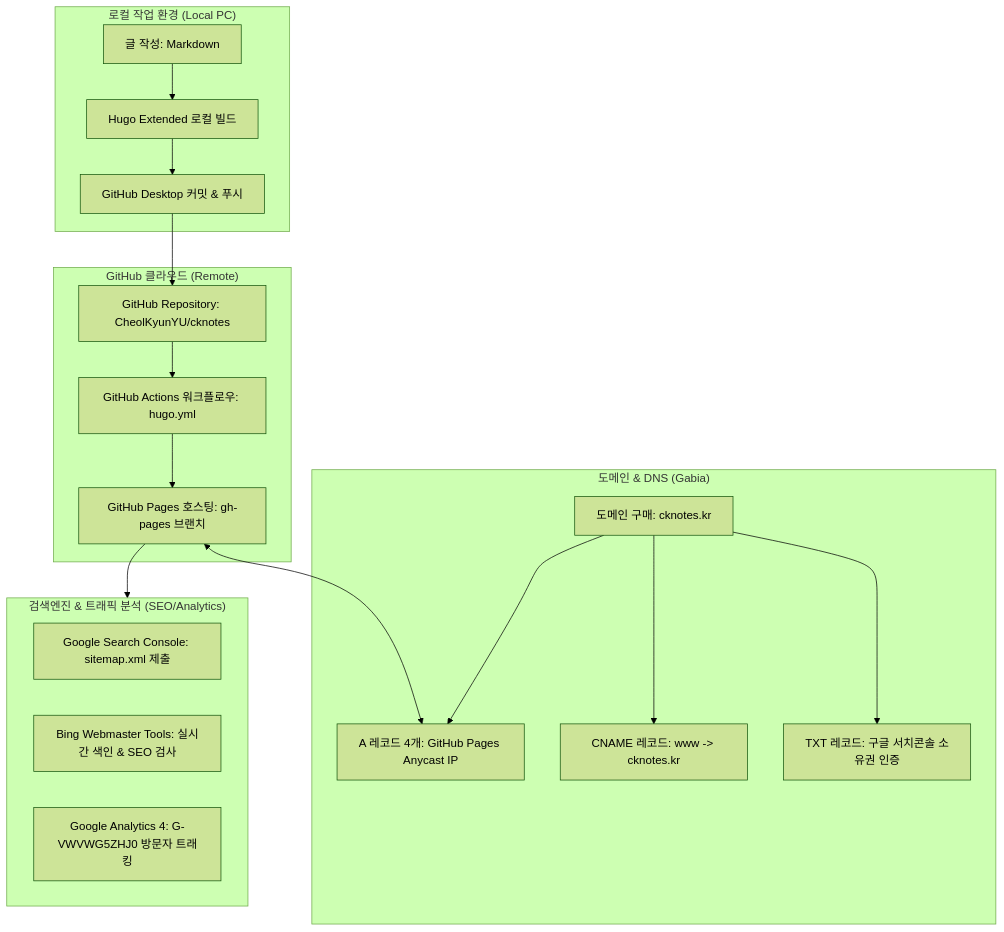
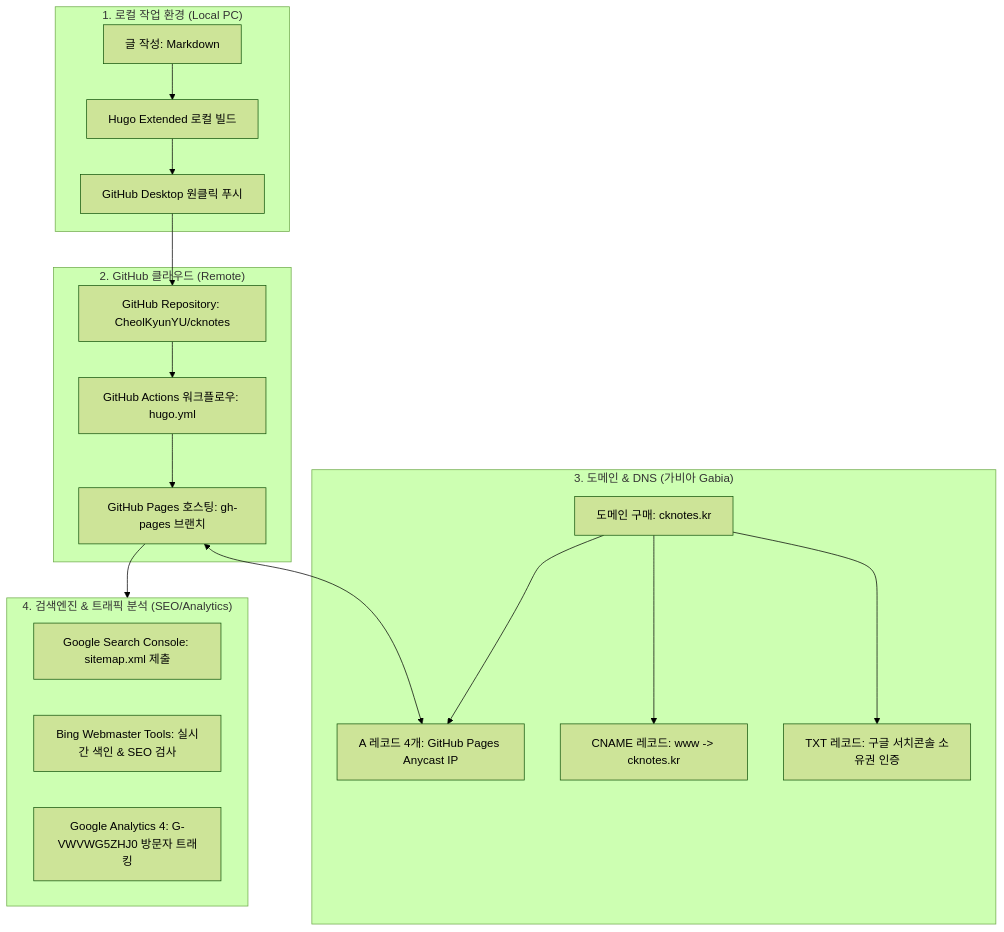
Before and after one commit to CheolKyunYU/cknotes: the diagram in BLOG_GUIDE.md, drawn with Mermaid (forest theme). The commit also changed other lines of this file, not shown here.

````diff
--- a/BLOG_GUIDE.md
+++ b/BLOG_GUIDE.md
@@ -9,28 +30,28 @@
 ```mermaid
 flowchart TD
-    subgraph Local["로컬 작업 환경 (Local PC)"]
+    subgraph Local["1. 로컬 작업 환경 (Local PC)"]
         A[글 작성: Markdown] --> B[Hugo Extended 로컬 빌드]
-        B --> C[GitHub Desktop 커밋 & 푸시]
+        B --> C[GitHub Desktop 원클릭 푸시]
     end
 
-    subgraph GitHub["GitHub 클라우드 (Remote)"]
+    subgraph GitHub["2. GitHub 클라우드 (Remote)"]
         C --> D[GitHub Repository: CheolKyunYU/cknotes]
         D --> E[GitHub Actions 워크플로우: hugo.yml]
         E --> F[GitHub Pages 호스팅: gh-pages 브랜치]
     end
 
-    subgraph DNS["도메인 & DNS (Gabia)"]
+    subgraph DNS["3. 도메인 & DNS (가비아 Gabia)"]
         G[도메인 구매: cknotes.kr] --> H[A 레코드 4개: GitHub Pages Anycast IP]
         G --> I[CNAME 레코드: www -> cknotes.kr]
         G --> J[TXT 레코드: 구글 서치콘솔 소유권 인증]
     end
 
-    subgraph Analytics["검색엔진 & 트래픽 분석 (SEO/Analytics)"]
+    subgraph Analytics["4. 검색엔진 & 트래픽 분석 (SEO/Analytics)"]
         K[Google Search Console: sitemap.xml 제출]
         L[Bing Webmaster Tools: 실시간 색인 & SEO 검사]
         M[Google Analytics 4: G-VWVWG5ZHJ0 방문자 트래킹]
     end
 
     F <--> H
     F --> Analytics
 ```
````
